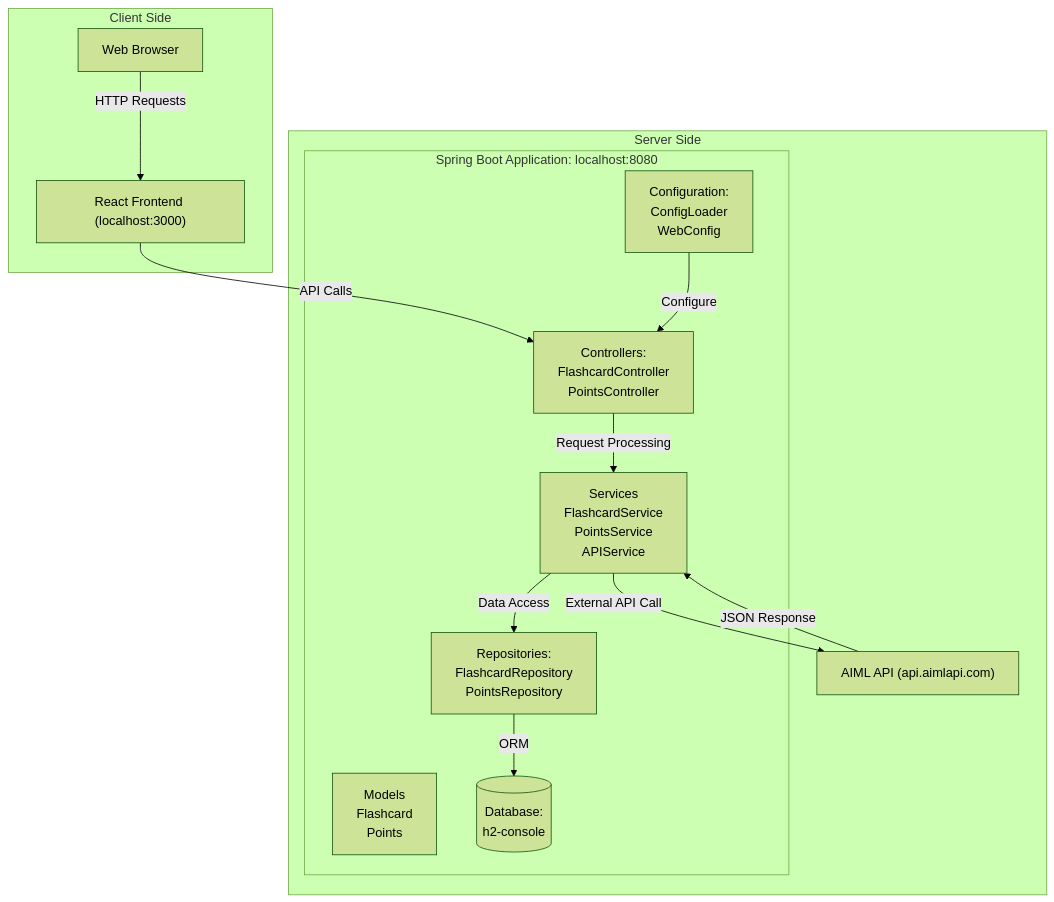
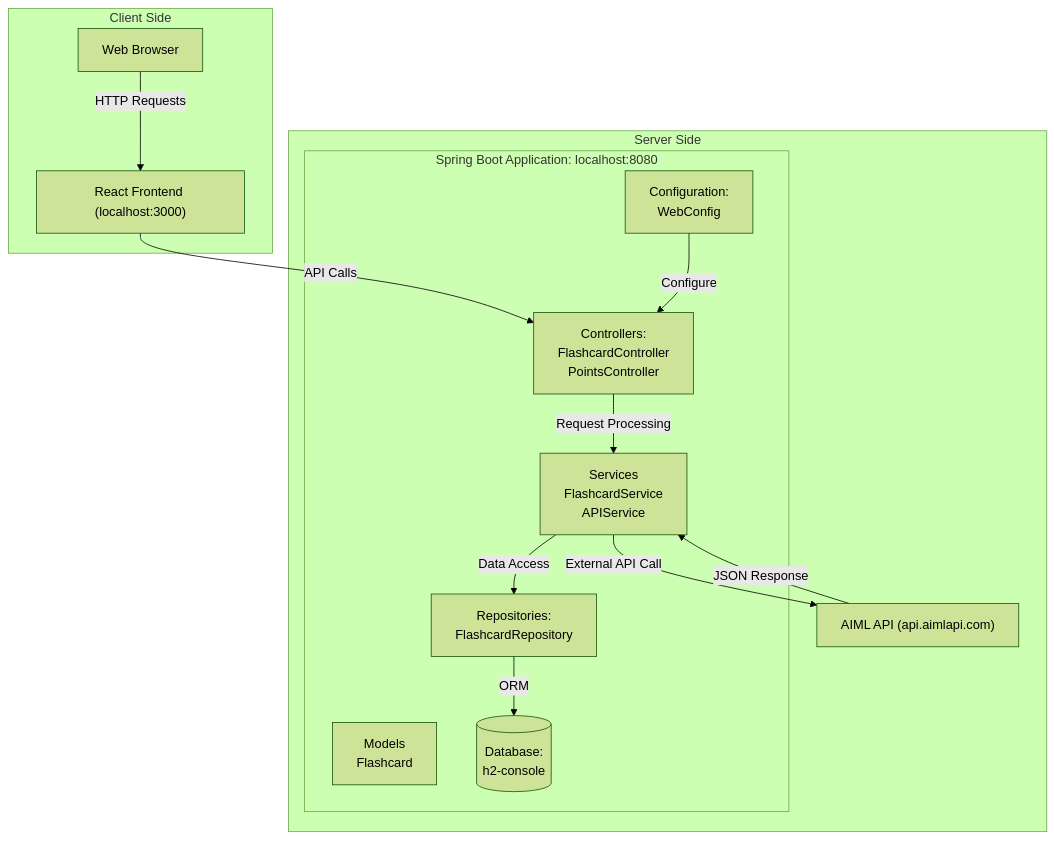
The second of 2 diagrams in README.md (DeadpoolDoingDishes/team04-404_speed_not_found-projekt2quizbot-clone), drawn with Mermaid (forest theme) before and after one commit. The commit also changed other lines of this file, not shown here.

````diff
--- a/README.md
+++ b/README.md
@@ -99,29 +78,29 @@
 ```mermaid
 flowchart TB
     subgraph "Client Side"
         browser["Web Browser"]
         react["React Frontend (localhost:3000)"]
     end
 
     subgraph "Server Side"
         subgraph "Spring Boot Application: localhost:8080"
             controller["Controllers:<br>FlashcardController<br>PointsController"]
-            service["Services<br>FlashcardService<br>PointsService<br>APIService"]
-            repository["Repositories:<br>FlashcardRepository<br>PointsRepository"]
-            config["Configuration:<br>ConfigLoader<br>WebConfig"]
-            models["Models<br>Flashcard<br>Points"]
+            service["Services<br>FlashcardService<br>APIService"]
+            repository["Repositories:<br>FlashcardRepository"]
+            config["Configuration:<br>WebConfig"]
+            models["Models<br>Flashcard"]
             db[(Database:<br>h2-console)]
         end
 
         aiml_api["AIML API (api.aimlapi.com)"]
     end
 
     browser -->|HTTP Requests| react
     react -->|API Calls| controller
     controller -->|Request Processing| service
     service -->|Data Access| repository
     repository -->|ORM| db
     config -->|Configure| controller
     service -->|External API Call| aiml_api
     aiml_api -->|JSON Response| service
 ```
````
